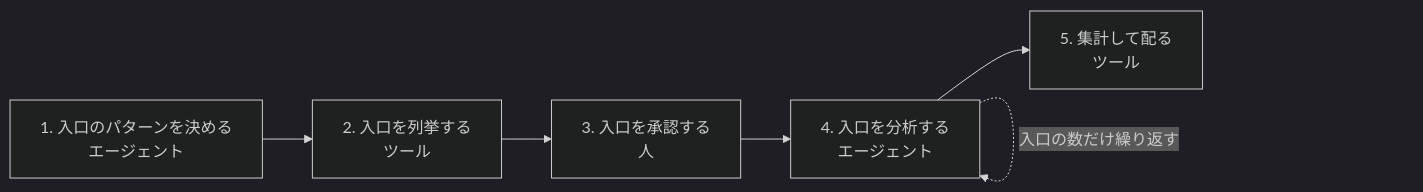
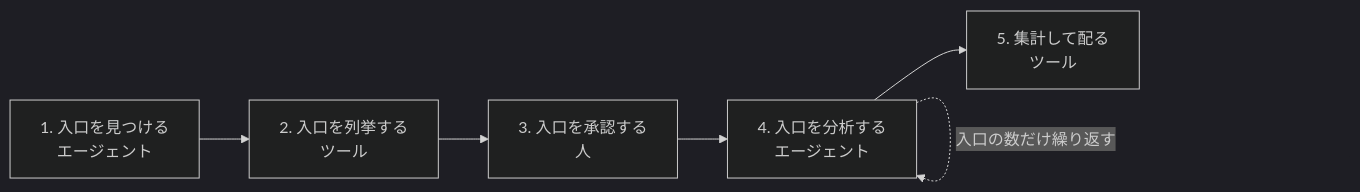
Before and after one commit to suwa-sh/as-built-atlas: the second of 3 diagrams in README.md, drawn with Mermaid (dark theme). The commit also changed other lines of this file and 11 other files, not shown here.

````diff
--- a/README.md
+++ b/README.md
@@ -119,8 +119,8 @@
 ```mermaid
 flowchart LR
-  S1[1. 入口のパターンを決める<br>エージェント] --> S2[2. 入口を列挙する<br>ツール]
+  S1[1. 入口を見つける<br>エージェント] --> S2[2. 入口を列挙する<br>ツール]
   S2 --> S3[3. 入口を承認する<br>人]
   S3 --> S4[4. 入口を分析する<br>エージェント]
   S4 --> S5[5. 集計して配る<br>ツール]
   S4 -. 入口の数だけ繰り返す .-> S4
 ```
````
